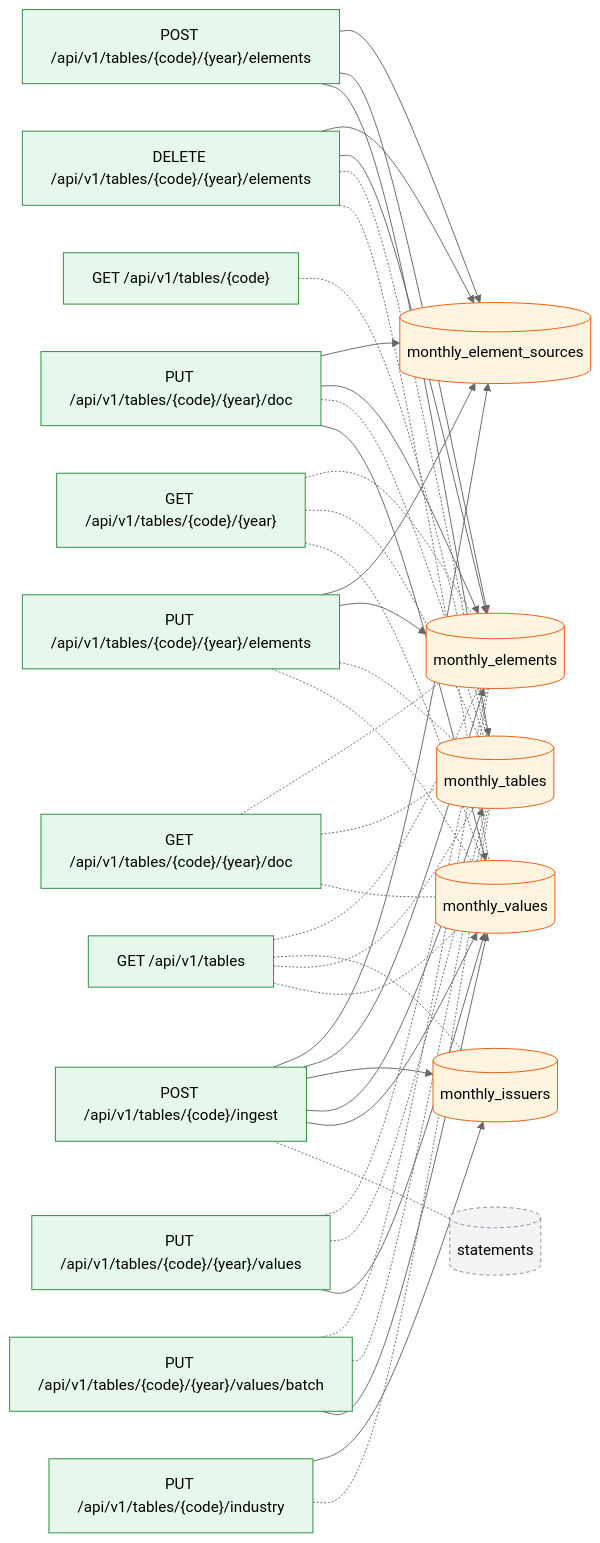
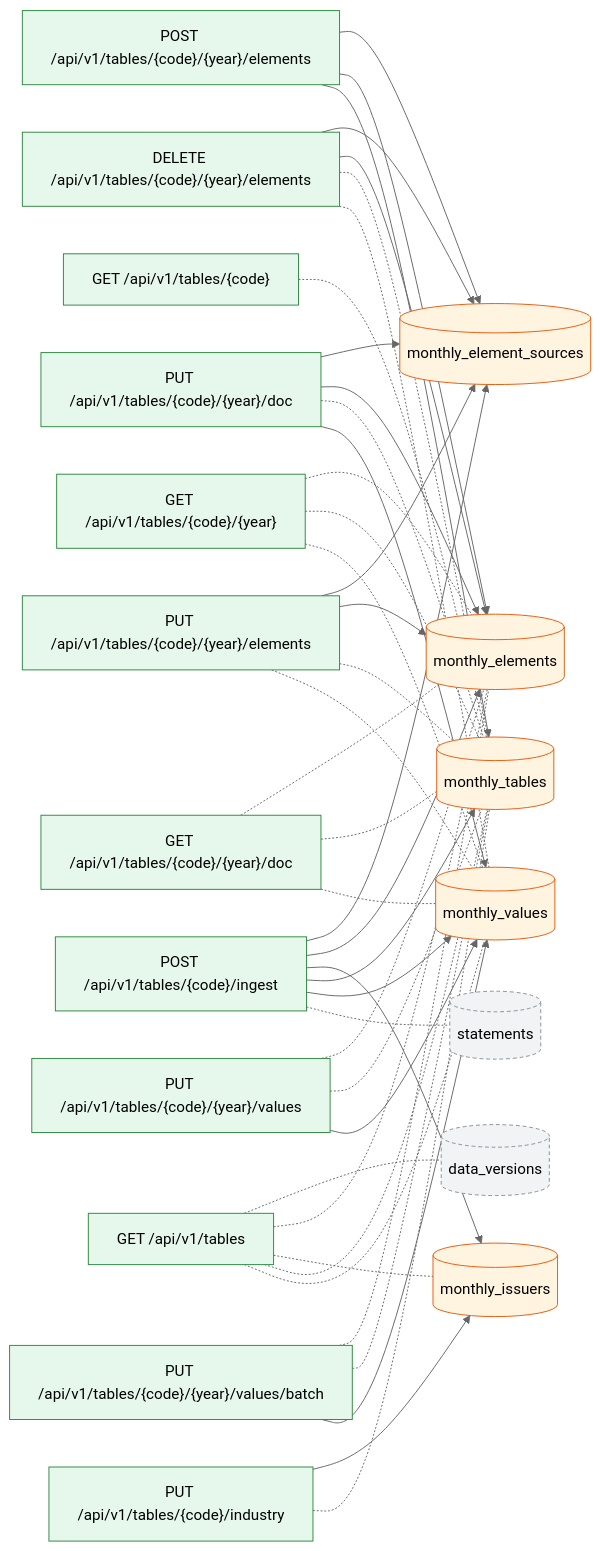
One commit to pekumirui/stock-analyzer changed the second of 2 diagrams in docs/dataflow/monthly.md. Above: the diagram before and after it, drawn with Mermaid (neutral theme). The commit also changed other lines of this file and 10 other files, not shown here.

````diff
--- a/docs/dataflow/monthly.md
+++ b/docs/dataflow/monthly.md
@@ -73,65 +73,67 @@
 ```mermaid
 flowchart LR
   n0["DELETE /api/v1/tables/{code}/{year}/elements"]:::api
   n1["GET /api/v1/tables"]:::api
   n2["GET /api/v1/tables/{code}"]:::api
   n3["GET /api/v1/tables/{code}/{year}"]:::api
   n4["GET /api/v1/tables/{code}/{year}/doc"]:::api
   n5["POST /api/v1/tables/{code}/ingest"]:::api
   n6["POST /api/v1/tables/{code}/{year}/elements"]:::api
   n7["PUT /api/v1/tables/{code}/industry"]:::api
   n8["PUT /api/v1/tables/{code}/{year}/doc"]:::api
   n9["PUT /api/v1/tables/{code}/{year}/elements"]:::api
   n10["PUT /api/v1/tables/{code}/{year}/values"]:::api
   n11["PUT /api/v1/tables/{code}/{year}/values/batch"]:::api
-  n12[("monthly_element_sources")]:::tbl
-  n13[("monthly_elements")]:::tbl
-  n14[("monthly_issuers")]:::tbl
-  n15[("monthly_tables")]:::tbl
-  n16[("monthly_values")]:::tbl
-  n17[("statements")]:::ext
-  n0 --> n12
+  n12[("data_versions")]:::ext
+  n13[("monthly_element_sources")]:::tbl
+  n14[("monthly_elements")]:::tbl
+  n15[("monthly_issuers")]:::tbl
+  n16[("monthly_tables")]:::tbl
+  n17[("monthly_values")]:::tbl
+  n18[("statements")]:::ext
   n0 --> n13
-  n0 -.- n15
+  n0 --> n14
   n0 -.- n16
-  n1 -.- n13
+  n0 -.- n17
+  n1 -.- n12
   n1 -.- n14
   n1 -.- n15
   n1 -.- n16
-  n2 -.- n15
-  n3 -.- n13
-  n3 -.- n15
+  n1 -.- n17
+  n2 -.- n16
+  n3 -.- n14
   n3 -.- n16
-  n4 -.- n13
-  n4 -.- n15
+  n3 -.- n17
+  n4 -.- n14
   n4 -.- n16
-  n5 --> n12
+  n4 -.- n17
   n5 --> n13
   n5 --> n14
   n5 --> n15
   n5 --> n16
-  n5 -.- n17
-  n6 --> n12
+  n5 --> n17
+  n5 -.- n18
   n6 --> n13
-  n6 --> n15
-  n7 --> n14
-  n7 -.- n15
-  n8 --> n12
+  n6 --> n14
+  n6 --> n16
+  n7 --> n15
+  n7 -.- n16
   n8 --> n13
-  n8 -.- n15
-  n8 --> n16
-  n9 --> n12
+  n8 --> n14
+  n8 -.- n16
+  n8 --> n17
   n9 --> n13
-  n9 -.- n15
+  n9 --> n14
   n9 -.- n16
-  n10 -.- n13
-  n10 -.- n15
-  n10 --> n16
-  n11 -.- n13
-  n11 -.- n15
-  n11 --> n16
+  n9 -.- n17
+  n10 -.- n14
+  n10 -.- n16
+  n10 --> n17
+  n11 -.- n14
+  n11 -.- n16
+  n11 --> n17
   classDef job fill:#e3ecff,stroke:#3b5bdb
   classDef api fill:#e6f7ec,stroke:#2b8a3e
   classDef tbl fill:#fff4e0,stroke:#e8590c
   classDef ext fill:#f1f3f5,stroke:#868e96,stroke-dasharray:4 3
 ```
````
